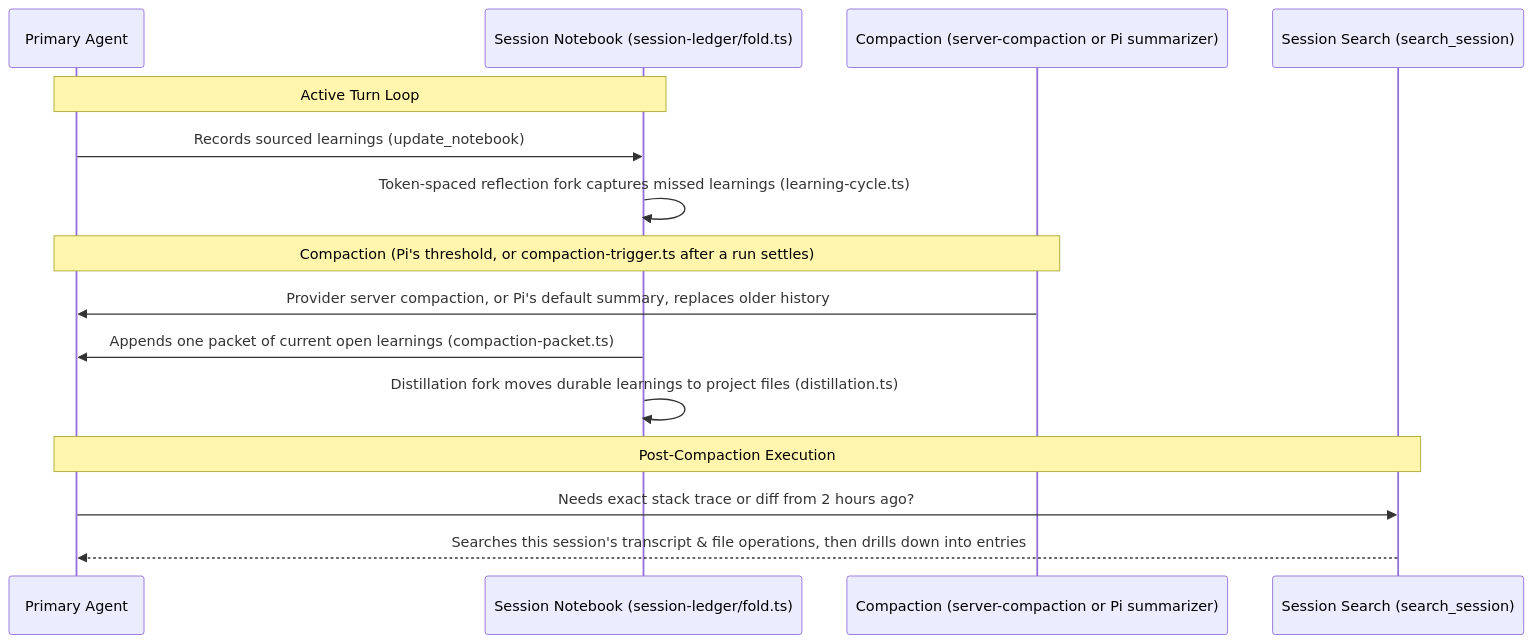
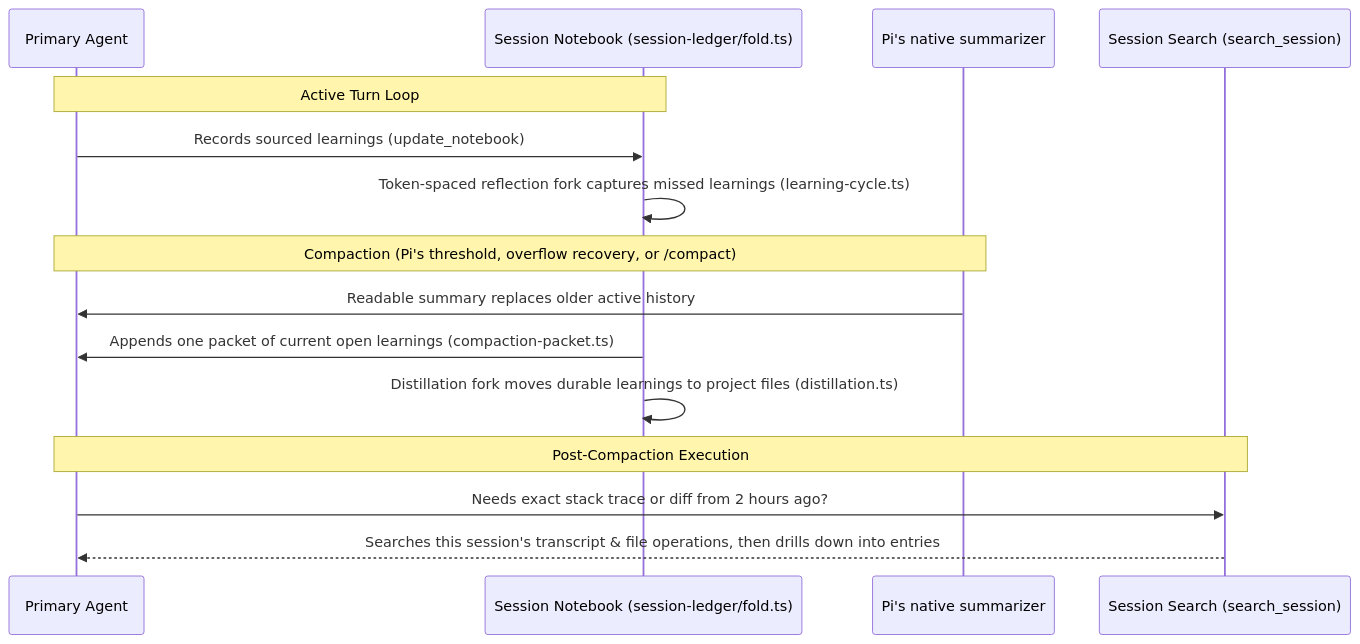
The third of 7 diagrams in README.md (z3z1ma/apple-pi), drawn with Mermaid before and after one commit. The commit also changed other lines of this file and 41 other files, not shown here.

Commit message:
fix(compaction): delegate all compaction to Pi native summaries

````diff
--- a/README.md
+++ b/README.md
@@ -208,20 +208,20 @@
 ```mermaid
 sequenceDiagram
     participant Agent as Primary Agent
     participant Notebook as Session Notebook (session-ledger/fold.ts)
-    participant Compactor as Compaction (server-compaction or Pi summarizer)
+    participant Compactor as Pi's native summarizer
     participant Recall as Session Search (search_session)
 
     Note over Agent,Notebook: Active Turn Loop
     Agent->>Notebook: Records sourced learnings (update_notebook)
     Notebook->>Notebook: Token-spaced reflection fork captures missed learnings (learning-cycle.ts)
 
-    Note over Agent,Compactor: Compaction (Pi's threshold, or compaction-trigger.ts after a run settles)
-    Compactor->>Agent: Provider server compaction, or Pi's default summary, replaces older history
+    Note over Agent,Compactor: Compaction (Pi's threshold, overflow recovery, or /compact)
+    Compactor->>Agent: Readable summary replaces older active history
     Notebook->>Agent: Appends one packet of current open learnings (compaction-packet.ts)
     Notebook->>Notebook: Distillation fork moves durable learnings to project files (distillation.ts)
 
     Note over Agent,Recall: Post-Compaction Execution
     Agent->>Recall: Needs exact stack trace or diff from 2 hours ago?
     Recall-->>Agent: Searches this session's transcript & file operations, then drills down into entries
 ```
````
